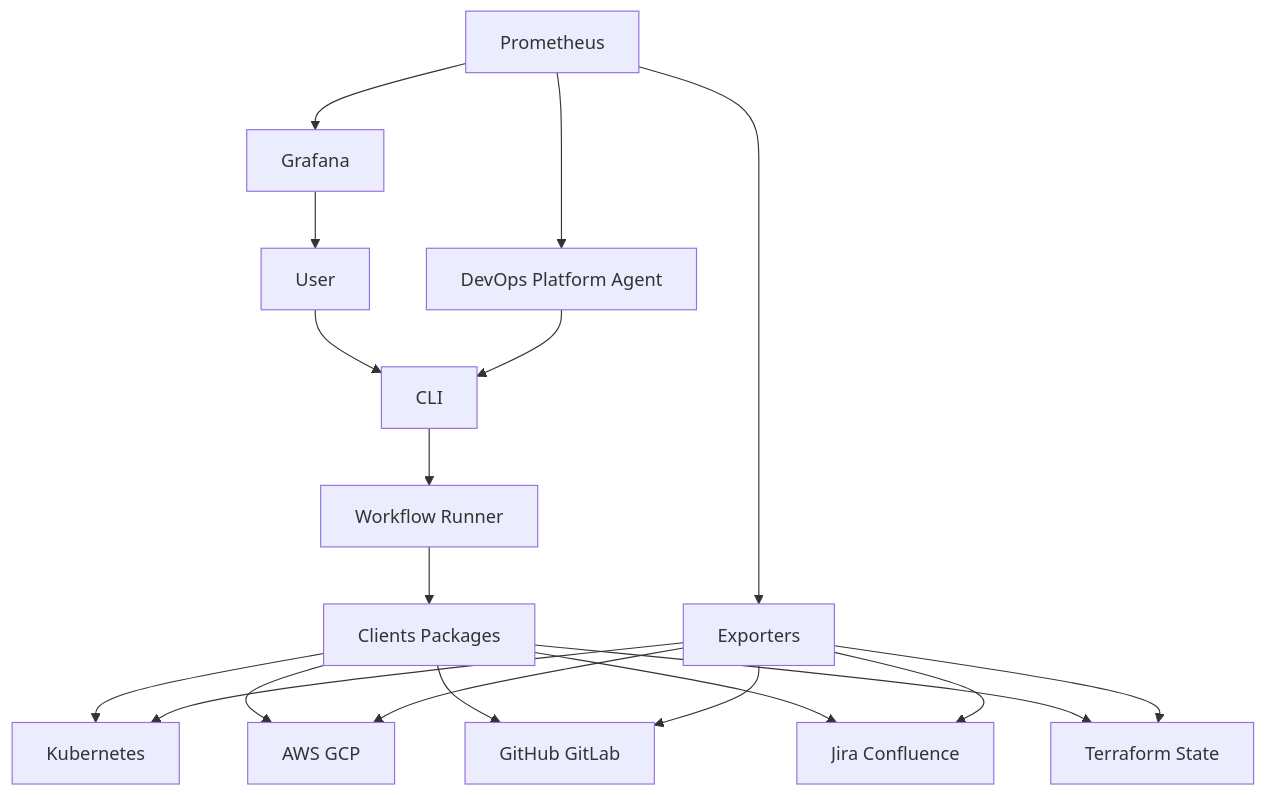
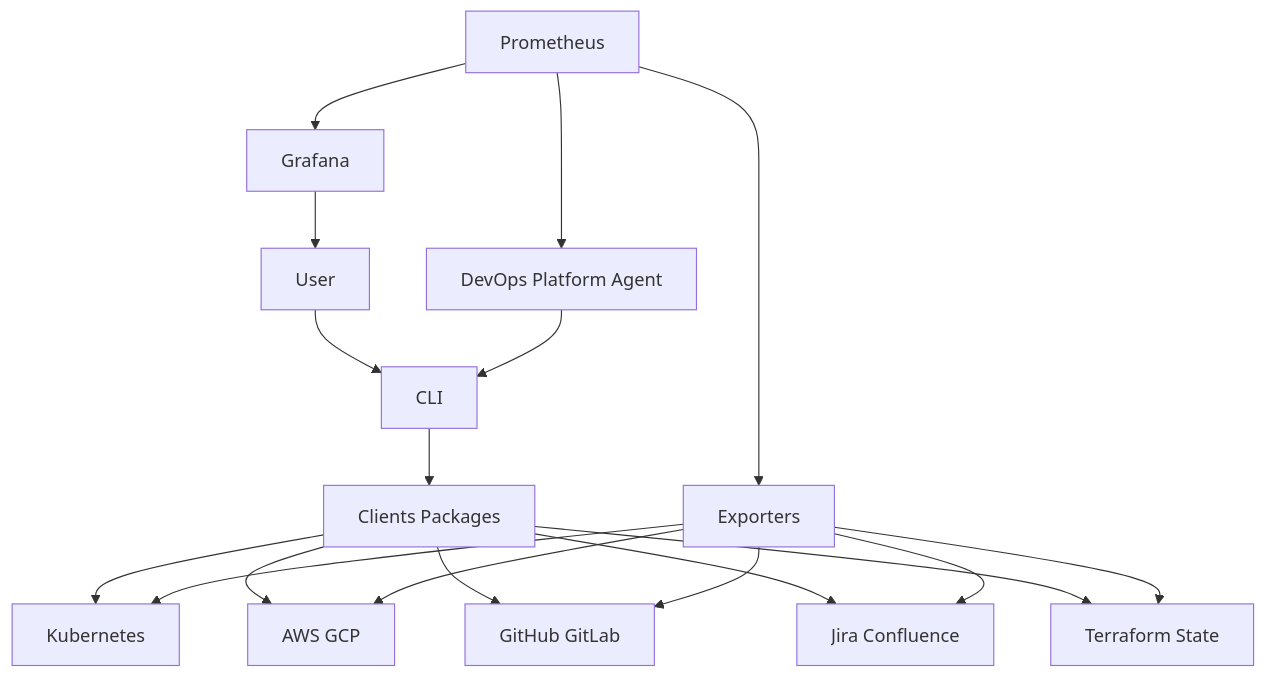
One commit to hazemataya94/hape-overview changed the diagram in Architecture.md. Above: the diagram before and after it, drawn with Mermaid.

Commit message:
update architecture

````diff
--- a/Architecture.md
+++ b/Architecture.md
@@ -66,21 +66,20 @@
 ```mermaid
 graph TD
   U[User] --> CLI[CLI]
   AG[DevOps Platform Agent] --> CLI
-  CLI --> WF[Workflow Runner]
-  WF --> CP[Clients Packages]
+  CLI --> CP[Clients Packages]
   P[Prometheus] --> EXP[Exporters]
   P --> G[Grafana]
   CP --> K[Kubernetes]
   CP --> CLOUD[AWS GCP]
   CP --> VCS[GitHub GitLab]
   CP --> WM[Jira Confluence]
   CP --> TF[Terraform State]
   EXP --> K
   EXP --> CLOUD
   EXP --> VCS
   EXP --> WM
   EXP --> TF
   G --> U
   P --> AG
 ```
````
